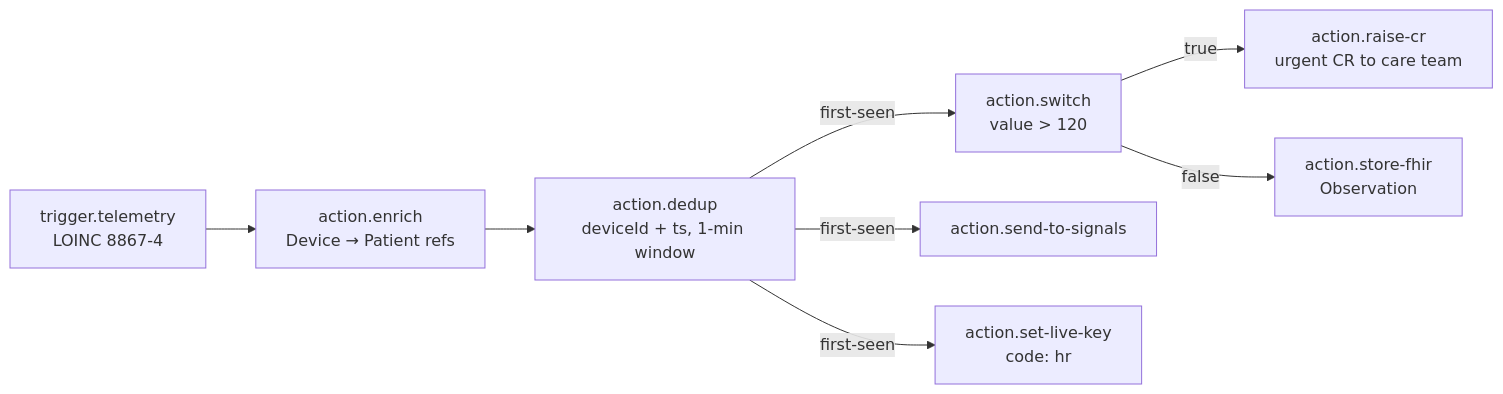
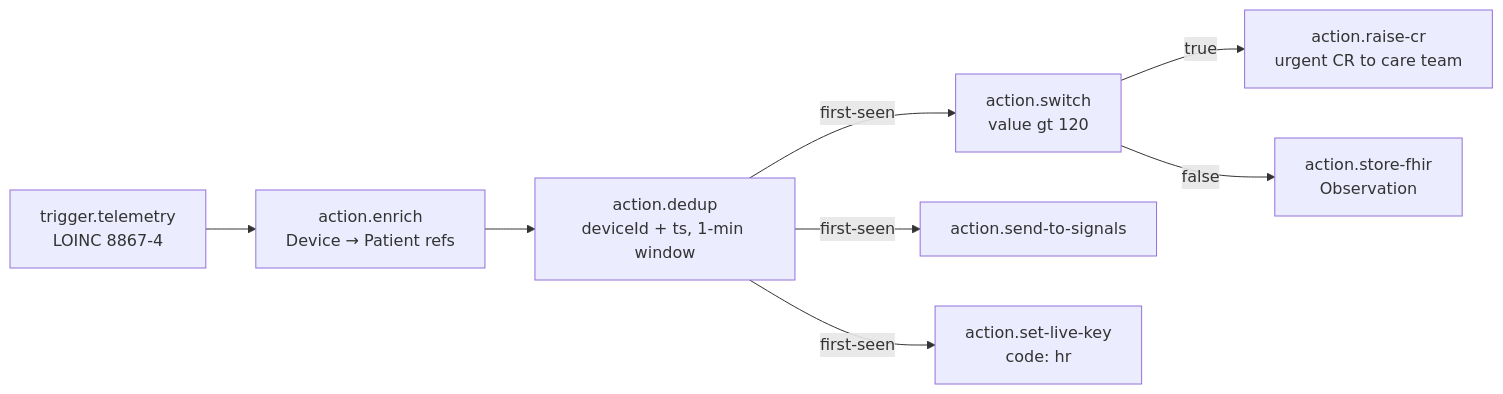
Before and after one commit to Actimi/ovok-docs: the diagram in docs/dev/platform/iot/index.mdx, drawn with Mermaid. The commit also changed other lines of this file and 1 other file, not shown here.

````diff
--- a/docs/dev/platform/iot/index.mdx
+++ b/docs/dev/platform/iot/index.mdx
@@ -132,10 +355,10 @@
 ```mermaid
 graph LR
   T[trigger.telemetry<br/>LOINC 8867-4] --> E[action.enrich<br/>Device → Patient refs]
   E --> D[action.dedup<br/>deviceId + ts, 1-min window]
-  D -->|first-seen| S[action.switch<br/>value > 120]
+  D -->|first-seen| S[action.switch<br/>value gt 120]
   D -->|first-seen| SG[action.send-to-signals]
   D -->|first-seen| LK[action.set-live-key<br/>code: hr]
   S -->|true| CR[action.raise-cr<br/>urgent CR to care team]
   S -->|false| STORE[action.store-fhir<br/>Observation]
 ```
````
